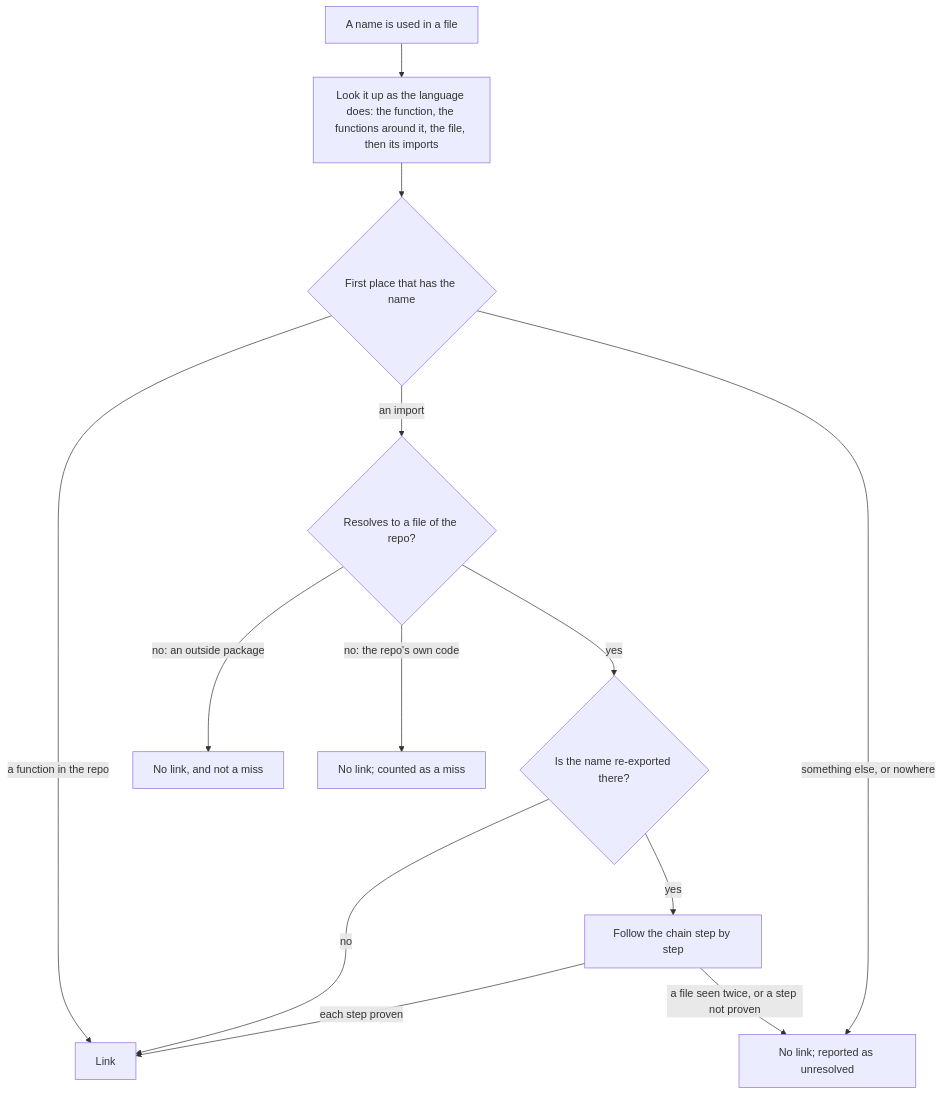
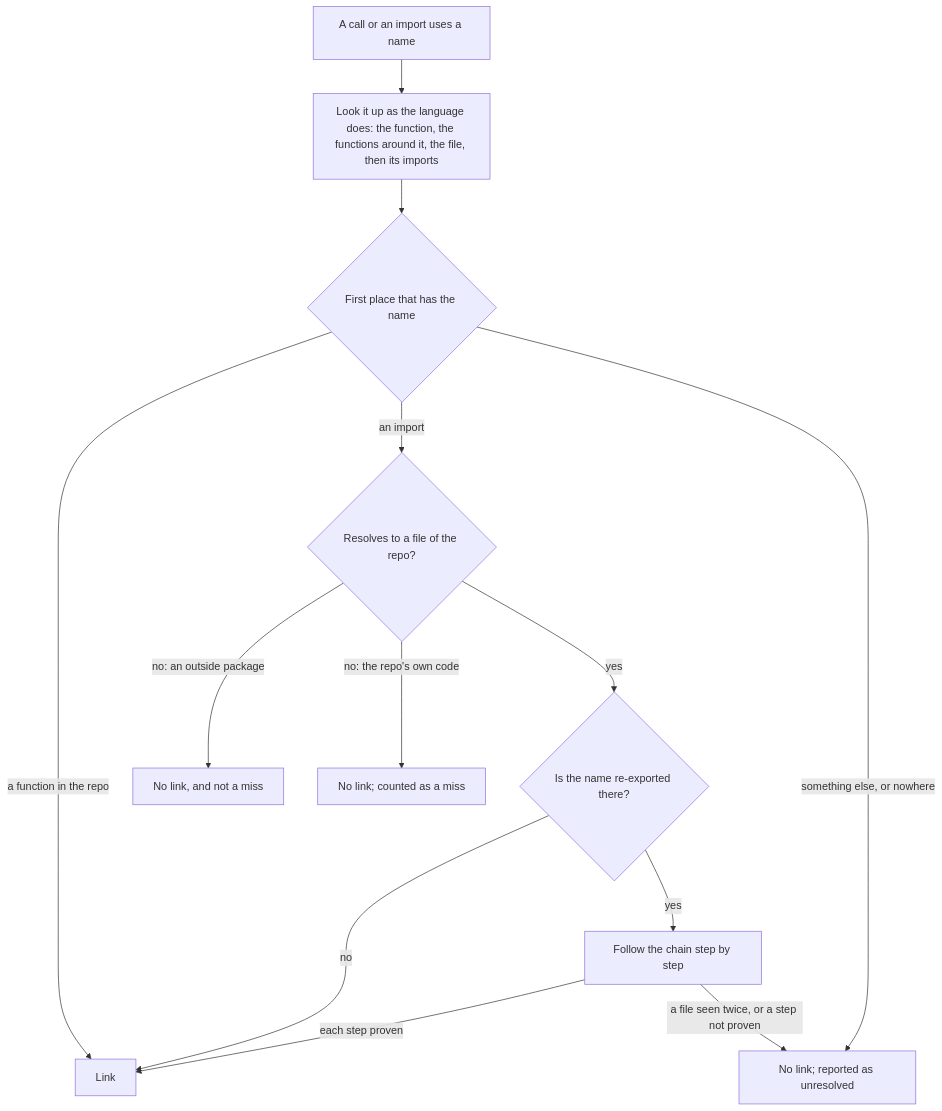
The third of 6 diagrams in docs/architecture/CODE_GRAPH.md (trustmybot/tmb), drawn with Mermaid before and after one commit. The commit also changed other lines of this file, not shown here.

Commit message:
📝 docs: code graph review: terms, how names resolve, commits, concepts, areas

````diff
--- a/docs/architecture/CODE_GRAPH.md
+++ b/docs/architecture/CODE_GRAPH.md
@@ -98,15 +137,15 @@
 ```mermaid
 flowchart TD
-    A[A name is used in a file] --> B["Look it up as the language does: the function, the functions around it, the file, then its imports"]
+    A[A call or an import uses a name] --> B["Look it up as the language does: the function, the functions around it, the file, then its imports"]
     B --> C{First place that has the name}
     C -- "a function in the repo" --> L[Link]
     C -- "an import" --> D{Resolves to a file of the repo?}
     C -- "something else, or nowhere" --> U["No link; reported as unresolved"]
     D -- "no: an outside package" --> O["No link, and not a miss"]
     D -- "no: the repo's own code" --> M["No link; counted as a miss"]
     D -- yes --> E{Is the name re-exported there?}
     E -- no --> L
     E -- yes --> F["Follow the chain step by step"]
     F -- "each step proven" --> L
     F -- "a file seen twice, or a step not proven" --> U
 ```
````
